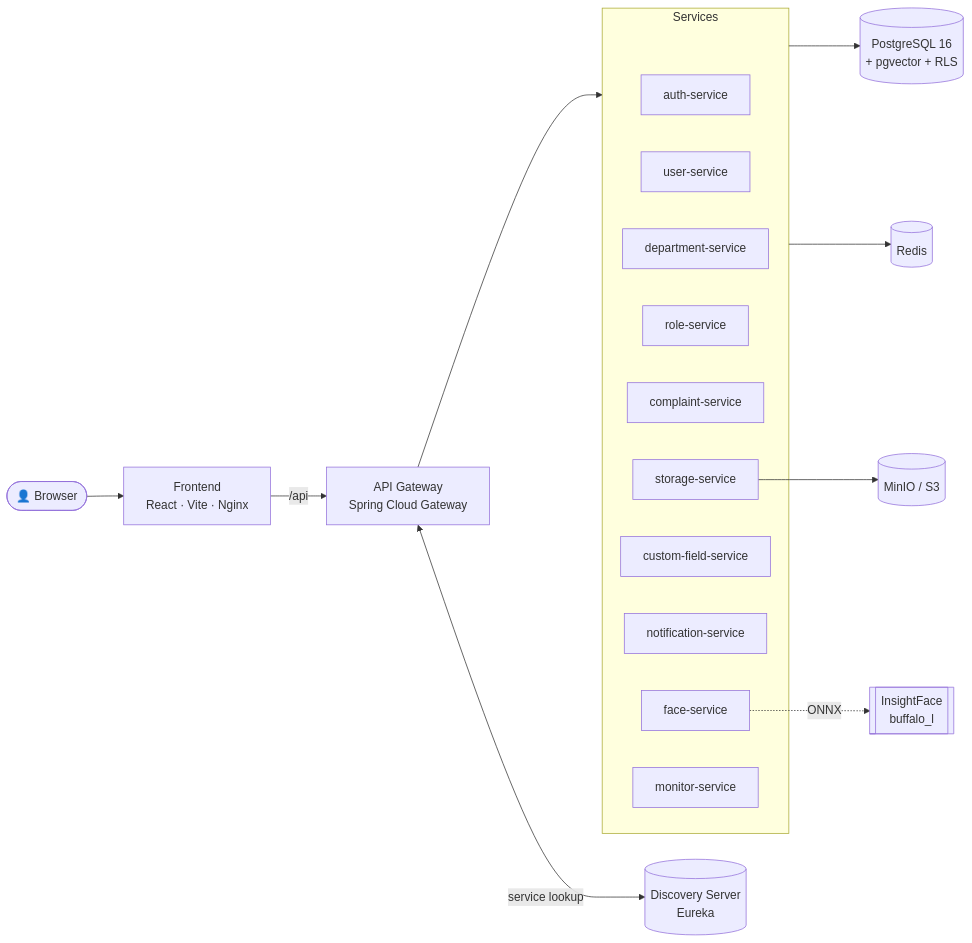
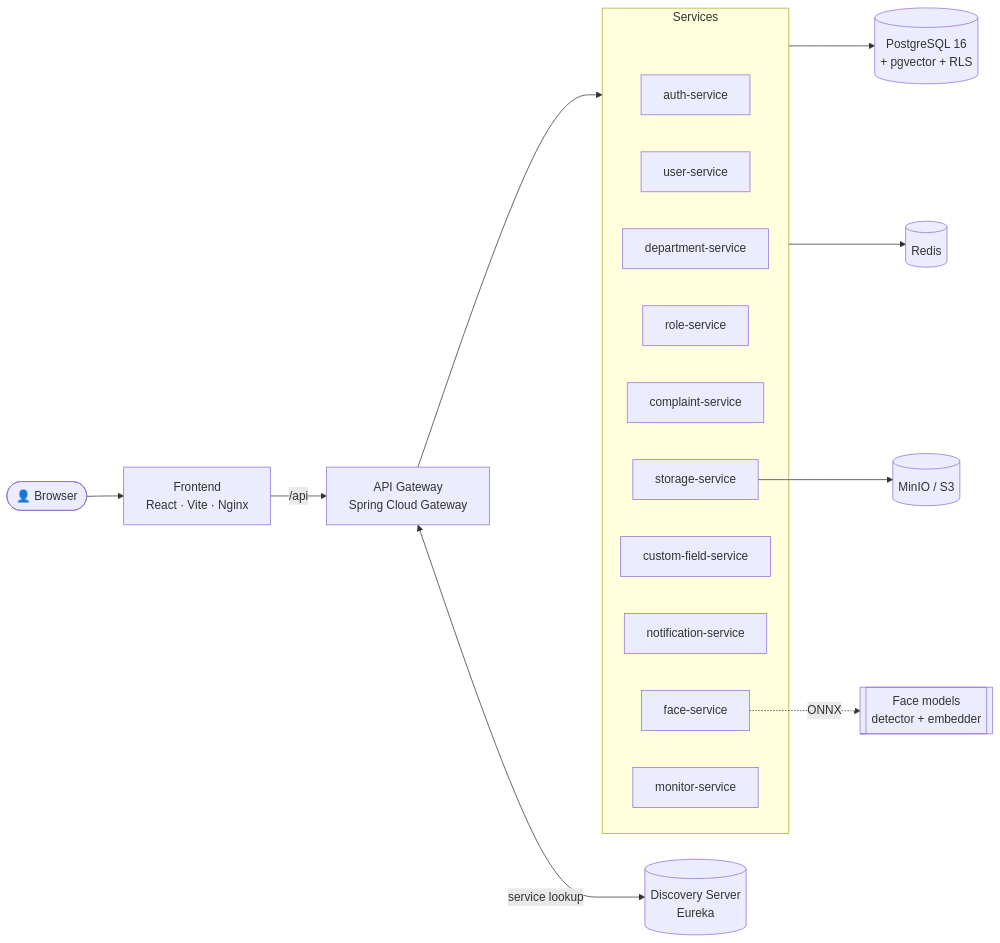
Before and after one commit to vishaltyagi807/Proctor-AI: the diagram in README.md, drawn with Mermaid. The commit also changed other lines of this file and 22 other files, not shown here.

First line of the commit message:
Update model downloads in setup script to use Hugging Face models

````diff
--- a/README.md
+++ b/README.md
@@ -52,25 +114,25 @@
 ```mermaid
 flowchart LR
     U([👤 Browser]) --> FE[Frontend<br/>React · Vite · Nginx]
     FE -->|/api| GW[API Gateway<br/>Spring Cloud Gateway]
     GW <-->|service lookup| DS[(Discovery Server<br/>Eureka)]
 
     subgraph Services
         AUTH[auth-service]
         USER[user-service]
         DEPT[department-service]
         ROLE[role-service]
         COMP[complaint-service]
         STOR[storage-service]
         CF[custom-field-service]
         NOTIF[notification-service]
         FACE[face-service]
         MON[monitor-service]
     end
 
     GW --> Services
     Services --> PG[(PostgreSQL 16<br/>+ pgvector + RLS)]
     Services --> RD[(Redis)]
     STOR --> S3[(MinIO / S3)]
-    FACE -.ONNX.-> M[[InsightFace<br/>buffalo_l]]
+    FACE -.ONNX.-> M[[Face models<br/>detector + embedder]]
 ```
````
